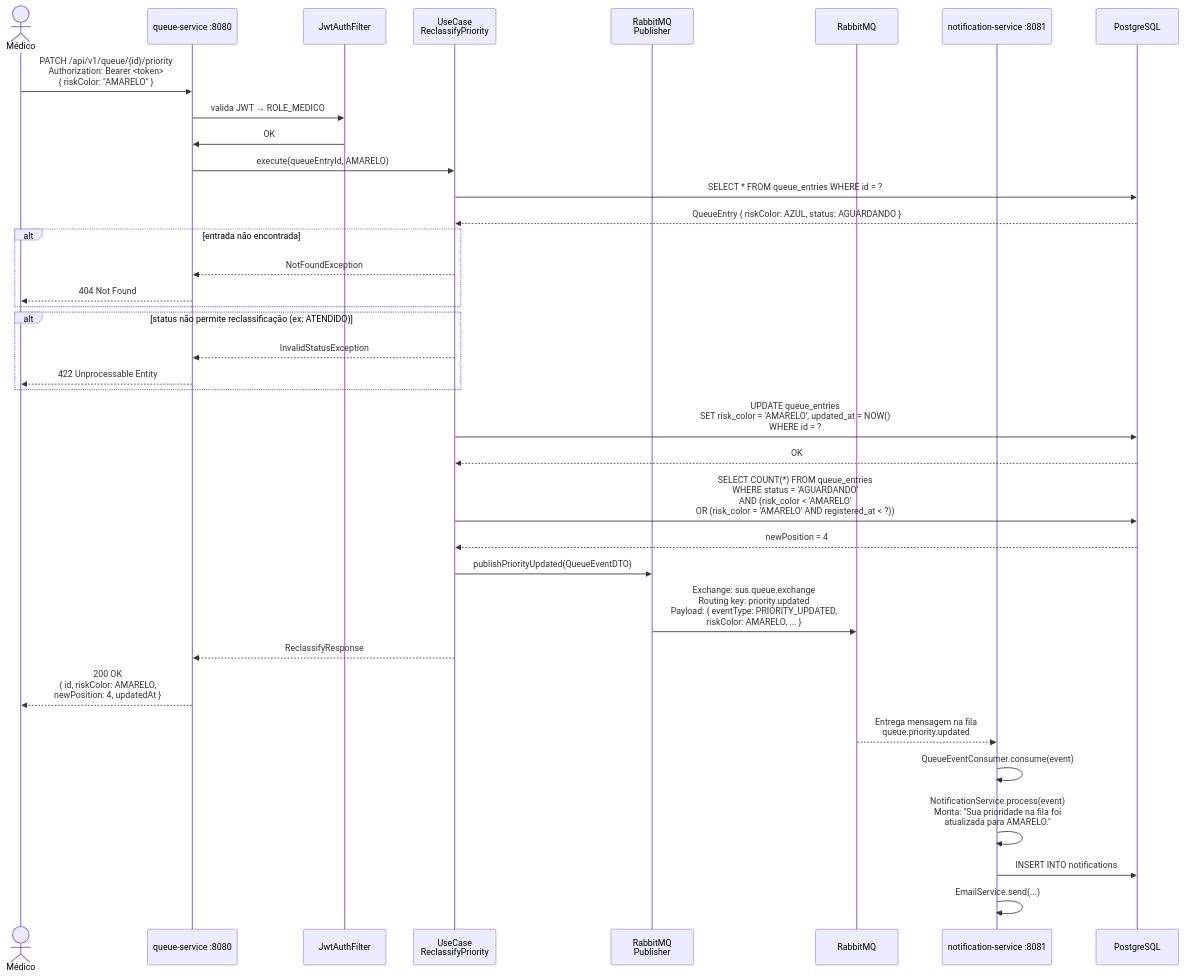
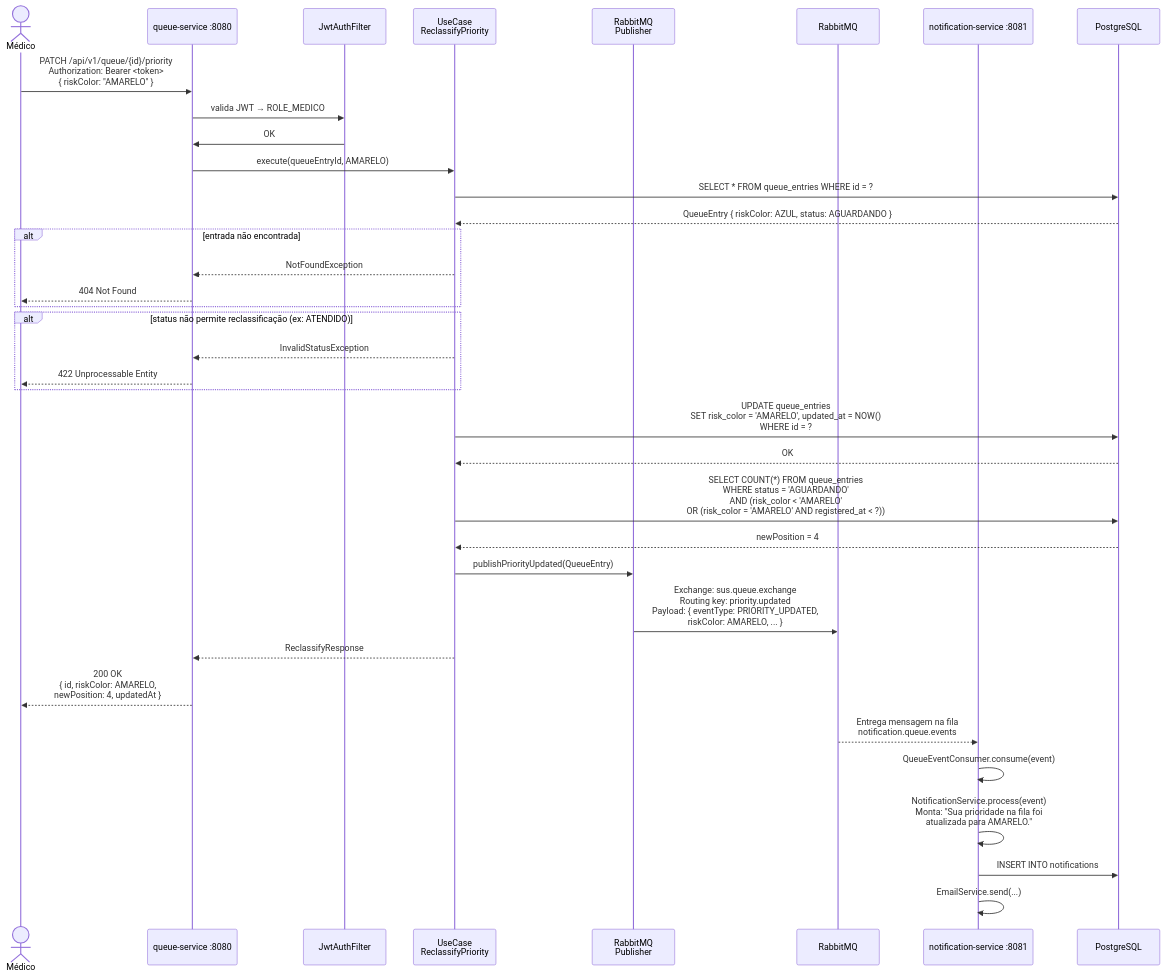
The sixth of 13 diagrams in docs/sequencias-diagrama.md (LucasBruner/Morbus), drawn with Mermaid before and after one commit. The commit also changed other lines of this file and 235 other files, not shown here.

````diff
--- a/docs/sequencias-diagrama.md
+++ b/docs/sequencias-diagrama.md
@@ -246,50 +246,50 @@
 ```mermaid
 sequenceDiagram
     actor Medico as Médico
     participant QS as queue-service :8080
     participant Filter as JwtAuthFilter
     participant UC as UseCase<br/>ReclassifyPriority
     participant Publisher as RabbitMQ<br/>Publisher
     participant MQ as RabbitMQ
     participant NS as notification-service :8081
     participant DB as PostgreSQL
 
     Medico->>QS: PATCH /api/v1/queue/{id}/priority<br/>Authorization: Bearer <token><br/>{ riskColor: "AMARELO" }
 
     QS->>Filter: valida JWT → ROLE_MEDICO
     Filter->>QS: OK
 
     QS->>UC: execute(queueEntryId, AMARELO)
 
     UC->>DB: SELECT * FROM queue_entries WHERE id = ?
     DB-->>UC: QueueEntry { riskColor: AZUL, status: AGUARDANDO }
 
     alt entrada não encontrada
         UC-->>QS: NotFoundException
         QS-->>Medico: 404 Not Found
     end
 
     alt status não permite reclassificação (ex: ATENDIDO)
         UC-->>QS: InvalidStatusException
         QS-->>Medico: 422 Unprocessable Entity
     end
 
     UC->>DB: UPDATE queue_entries<br/>SET risk_color = 'AMARELO', updated_at = NOW()<br/>WHERE id = ?
     DB-->>UC: OK
 
     UC->>DB: SELECT COUNT(*) FROM queue_entries<br/>WHERE status = 'AGUARDANDO'<br/>AND (risk_color < 'AMARELO'<br/>OR (risk_color = 'AMARELO' AND registered_at < ?))
     DB-->>UC: newPosition = 4
 
-    UC->>Publisher: publishPriorityUpdated(QueueEventDTO)
+    UC->>Publisher: publishPriorityUpdated(QueueEntry)
     Publisher->>MQ: Exchange: sus.queue.exchange<br/>Routing key: priority.updated<br/>Payload: { eventType: PRIORITY_UPDATED,<br/>riskColor: AMARELO, ... }
 
     UC-->>QS: ReclassifyResponse
     QS-->>Medico: 200 OK<br/>{ id, riskColor: AMARELO,<br/>newPosition: 4, updatedAt }
 
-    MQ-->>NS: Entrega mensagem na fila<br/>queue.priority.updated
+    MQ-->>NS: Entrega mensagem na fila<br/>notification.queue.events
 
     NS->>NS: QueueEventConsumer.consume(event)
     NS->>NS: NotificationService.process(event)<br/>Monta: "Sua prioridade na fila foi<br/>atualizada para AMARELO."
     NS->>DB: INSERT INTO notifications
     NS->>NS: EmailService.send(...)
 ```
````
